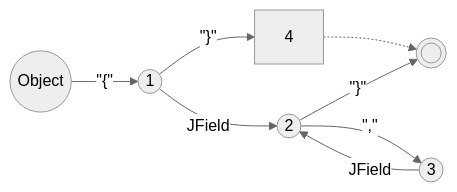
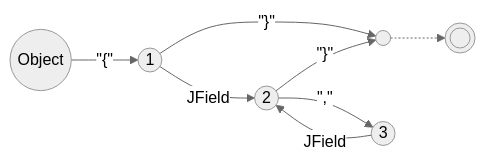
One commit to vczh-websites/vczh changed the second of 2 diagrams in Blog/GLR-Refactoring/Mermaid.md. Above: the diagram before and after it, drawn with Mermaid (neutral theme).

````diff
--- a/Blog/GLR-Refactoring/Mermaid.md
+++ b/Blog/GLR-Refactoring/Mermaid.md
@@ -22,10 +22,10 @@
 ```mermaid
 graph LR
   S((Object))-- #quot;{#quot; -->1
   1((1))-- #quot;}#quot; -->4
   1-- JField -->2
-  2((2))-- #quot;}#quot; -->E
+  2((2))-- #quot;}#quot; -->4
   2-- #quot;,#quot; -->3
   3((3))-- JField -->2
-  4-.->E((( )))
+  4(( ))-.->E((( )))
 ```
````
